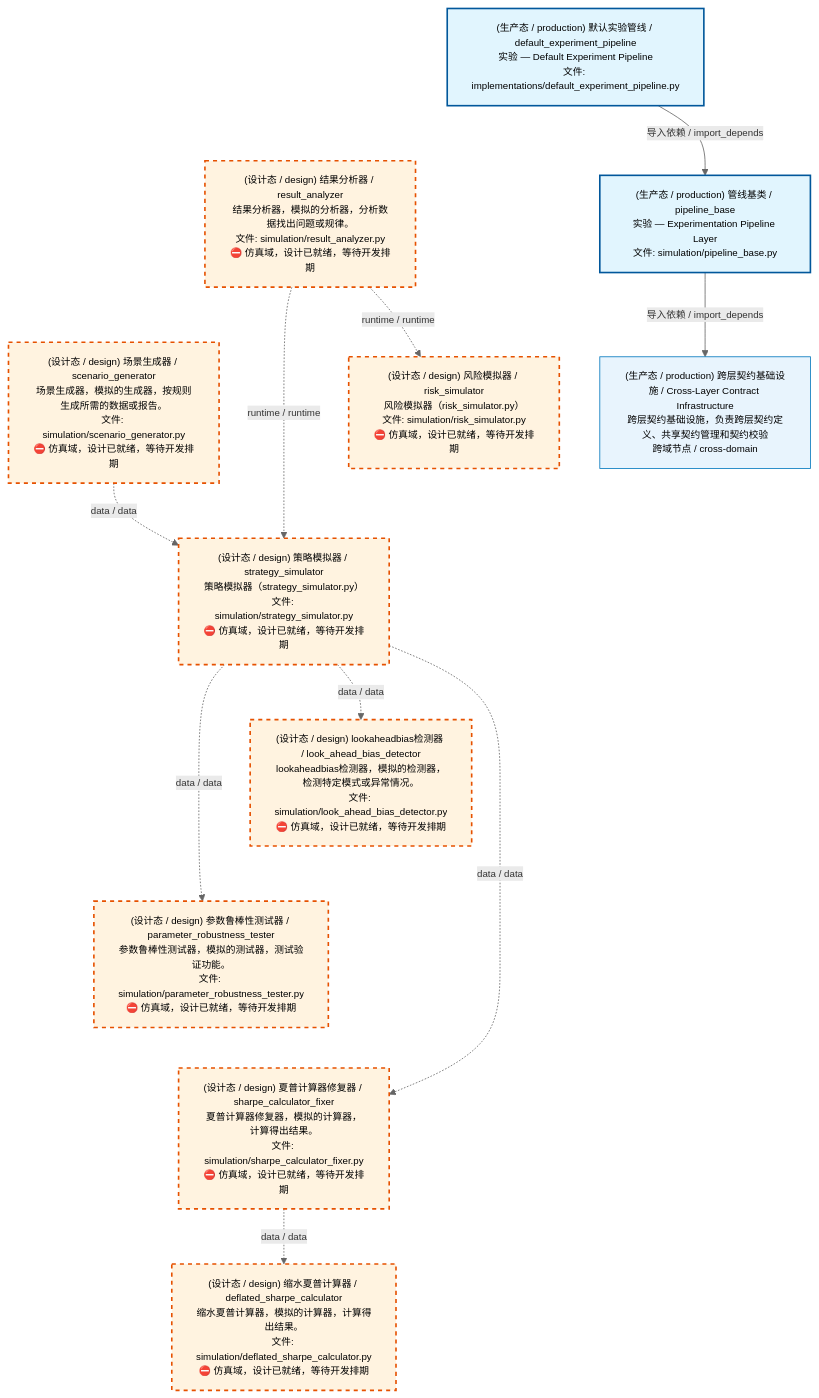
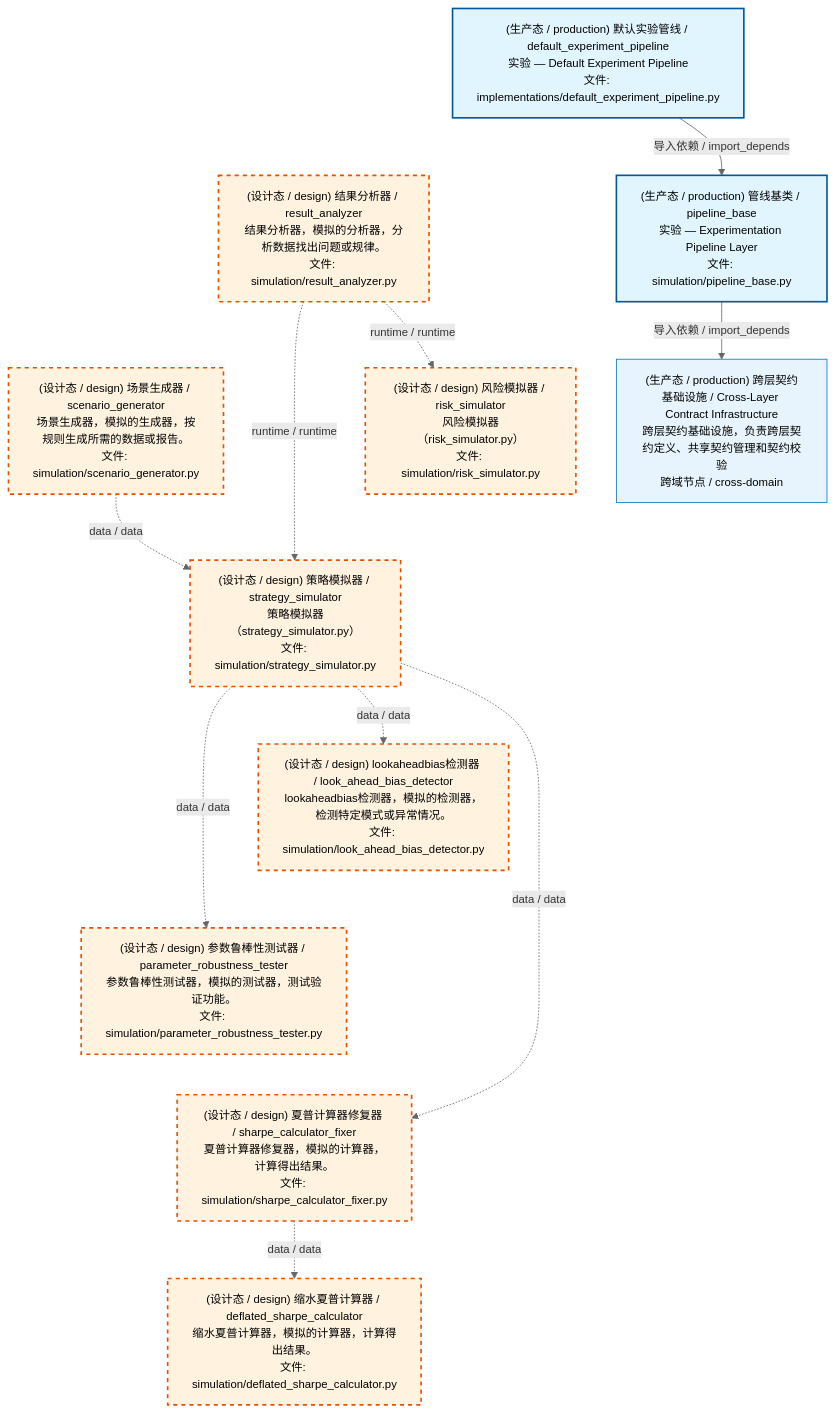
The first of 4 diagrams in docs/02_enterprise_architecture/02_domain_architecture_docs/70_d_simulation.md (xuanFelixVan/ZephyrAlpha), drawn with Mermaid before and after one commit. The commit also changed other lines of this file and 61 other files, not shown here.

````diff
--- a/docs/02_enterprise_architecture/02_domain_architecture_docs/70_d_simulation.md
+++ b/docs/02_enterprise_architecture/02_domain_architecture_docs/70_d_simulation.md
@@ -53,37 +53,37 @@
 ```mermaid
-%%{init: {'theme': 'base', 'themeVariables': {'primaryColor': '#eaeaea', 'primaryTextColor': '#333333', 'primaryBorderColor': '#666666', 'lineColor': '#666666', 'secondaryColor': '#eaeaea', 'tertiaryColor': '#eaeaea', 'fontSize': '12px'}}}%%
+%%{init: {'theme': 'base', 'themeVariables': {'primaryColor': '#eaeaea', 'primaryTextColor': '#333333', 'primaryBorderColor': '#666666', 'lineColor': '#666666', 'secondaryColor': '#eaeaea', 'tertiaryColor': '#eaeaea', 'fontSize': '14px'}}}%%
 flowchart TD
     src_zephyr_simulation_implementations_default_experiment_pipeline_py["(生产态 / production) 默认实验管线 / default_experiment_pipeline<br/>实验 — Default Experiment Pipeline<br/>文件: implementations/default_experiment_pipeline.py"]
-    src_zephyr_simulation_result_analyzer_py["(设计态 / design) 结果分析器 / result_analyzer<br/>结果分析器，模拟的分析器，分析数据找出问题或规律。<br/>文件: simulation/result_analyzer.py<br/>⛔ 仿真域，设计已就绪，等待开发排期"]
-    src_zephyr_simulation_scenario_generator_py["(设计态 / design) 场景生成器 / scenario_generator<br/>场景生成器，模拟的生成器，按规则生成所需的数据或报告。<br/>文件: simulation/scenario_generator.py<br/>⛔ 仿真域，设计已就绪，等待开发排期"]
+    src_zephyr_simulation_result_analyzer_py["(设计态 / design) 结果分析器 / result_analyzer<br/>结果分析器，模拟的分析器，分析数据找出问题或规律。<br/>文件: simulation/result_analyzer.py"]
+    src_zephyr_simulation_scenario_generator_py["(设计态 / design) 场景生成器 / scenario_generator<br/>场景生成器，模拟的生成器，按规则生成所需的数据或报告。<br/>文件: simulation/scenario_generator.py"]
     src_zephyr_simulation_implementations_default_experiment_pipeline_py ~~~ src_zephyr_simulation_result_analyzer_py
     src_zephyr_simulation_result_analyzer_py ~~~ src_zephyr_simulation_scenario_generator_py
     src_zephyr_simulation_pipeline_base_py["(生产态 / production) 管线基类 / pipeline_base<br/>实验 — Experimentation Pipeline Layer<br/>文件: simulation/pipeline_base.py"]
-    src_zephyr_simulation_risk_simulator_py["(设计态 / design) 风险模拟器 / risk_simulator<br/>风险模拟器（risk_simulator.py）<br/>文件: simulation/risk_simulator.py<br/>⛔ 仿真域，设计已就绪，等待开发排期"]
-    src_zephyr_simulation_strategy_simulator_py["(设计态 / design) 策略模拟器 / strategy_simulator<br/>策略模拟器（strategy_simulator.py）<br/>文件: simulation/strategy_simulator.py<br/>⛔ 仿真域，设计已就绪，等待开发排期"]
+    src_zephyr_simulation_risk_simulator_py["(设计态 / design) 风险模拟器 / risk_simulator<br/>风险模拟器（risk_simulator.py）<br/>文件: simulation/risk_simulator.py"]
+    src_zephyr_simulation_strategy_simulator_py["(设计态 / design) 策略模拟器 / strategy_simulator<br/>策略模拟器（strategy_simulator.py）<br/>文件: simulation/strategy_simulator.py"]
     src_zephyr_simulation_pipeline_base_py ~~~ src_zephyr_simulation_risk_simulator_py
     src_zephyr_simulation_risk_simulator_py ~~~ src_zephyr_simulation_strategy_simulator_py
-    src_zephyr_simulation_look_ahead_bias_detector_py["(设计态 / design) lookaheadbias检测器 / look_ahead_bias_detector<br/>lookaheadbias检测器，模拟的检测器，检测特定模式或异常情况。<br/>文件: simulation/look_ahead_bias_detector.py<br/>⛔ 仿真域，设计已就绪，等待开发排期"]
-    src_zephyr_simulation_parameter_robustness_tester_py["(设计态 / design) 参数鲁棒性测试器 / parameter_robustness_tester<br/>参数鲁棒性测试器，模拟的测试器，测试验证功能。<br/>文件: simulation/parameter_robustness_tester.py<br/>⛔ 仿真域，设计已就绪，等待开发排期"]
-    src_zephyr_simulation_sharpe_calculator_fixer_py["(设计态 / design) 夏普计算器修复器 / sharpe_calculator_fixer<br/>夏普计算器修复器，模拟的计算器，计算得出结果。<br/>文件: simulation/sharpe_calculator_fixer.py<br/>⛔ 仿真域，设计已就绪，等待开发排期"]
+    src_zephyr_simulation_look_ahead_bias_detector_py["(设计态 / design) lookaheadbias检测器 / look_ahead_bias_detector<br/>lookaheadbias检测器，模拟的检测器，检测特定模式或异常情况。<br/>文件: simulation/look_ahead_bias_detector.py"]
+    src_zephyr_simulation_parameter_robustness_tester_py["(设计态 / design) 参数鲁棒性测试器 / parameter_robustness_tester<br/>参数鲁棒性测试器，模拟的测试器，测试验证功能。<br/>文件: simulation/parameter_robustness_tester.py"]
+    src_zephyr_simulation_sharpe_calculator_fixer_py["(设计态 / design) 夏普计算器修复器 / sharpe_calculator_fixer<br/>夏普计算器修复器，模拟的计算器，计算得出结果。<br/>文件: simulation/sharpe_calculator_fixer.py"]
     src_zephyr_simulation_look_ahead_bias_detector_py ~~~ src_zephyr_simulation_parameter_robustness_tester_py
     src_zephyr_simulation_parameter_robustness_tester_py ~~~ src_zephyr_simulation_sharpe_calculator_fixer_py
-    src_zephyr_simulation_deflated_sharpe_calculator_py["(设计态 / design) 缩水夏普计算器 / deflated_sharpe_calculator<br/>缩水夏普计算器，模拟的计算器，计算得出结果。<br/>文件: simulation/deflated_sharpe_calculator.py<br/>⛔ 仿真域，设计已就绪，等待开发排期"]
+    src_zephyr_simulation_deflated_sharpe_calculator_py["(设计态 / design) 缩水夏普计算器 / deflated_sharpe_calculator<br/>缩水夏普计算器，模拟的计算器，计算得出结果。<br/>文件: simulation/deflated_sharpe_calculator.py"]
     src_zephyr_simulation_strategy_simulator_py -.->|data / data| src_zephyr_simulation_parameter_robustness_tester_py
     src_zephyr_simulation_strategy_simulator_py -.->|data / data| src_zephyr_simulation_look_ahead_bias_detector_py
     src_zephyr_simulation_strategy_simulator_py -.->|data / data| src_zephyr_simulation_sharpe_calculator_fixer_py
     src_zephyr_simulation_scenario_generator_py -.->|data / data| src_zephyr_simulation_strategy_simulator_py
     src_zephyr_simulation_result_analyzer_py -.->|runtime / runtime| src_zephyr_simulation_strategy_simulator_py
     src_zephyr_simulation_result_analyzer_py -.->|runtime / runtime| src_zephyr_simulation_risk_simulator_py
     src_zephyr_simulation_sharpe_calculator_fixer_py -.->|data / data| src_zephyr_simulation_deflated_sharpe_calculator_py
     src_zephyr_simulation_implementations_default_experiment_pipeline_py -->|导入依赖 / import_depends| src_zephyr_simulation_pipeline_base_py
     D_INFRASTRUCTURE["(生产态 / production) 跨层契约基础设施 / Cross-Layer Contract Infrastructure<br/>跨层契约基础设施，负责跨层契约定义、共享契约管理和契约校验<br/>跨域节点 / cross-domain"]
     src_zephyr_simulation_pipeline_base_py -->|导入依赖 / import_depends| D_INFRASTRUCTURE
     classDef production fill:#e1f5fe,stroke:#01579b,stroke-width:2px,color:#000
     classDef design fill:#fff3e0,stroke:#e65100,stroke-width:2px,color:#000,stroke-dasharray: 5 5
     classDef external_prod fill:#e8f4fd,stroke:#0277bd,stroke-width:1px,color:#000
     classDef external_design fill:#fff8e7,stroke:#ef6c00,stroke-width:1px,color:#000,stroke-dasharray: 5 5
     class src_zephyr_simulation_implementations_default_experiment_pipeline_py,src_zephyr_simulation_pipeline_base_py production
     class src_zephyr_simulation_deflated_sharpe_calculator_py,src_zephyr_simulation_look_ahead_bias_detector_py,src_zephyr_simulation_parameter_robustness_tester_py,src_zephyr_simulation_result_analyzer_py,src_zephyr_simulation_risk_simulator_py,src_zephyr_simulation_scenario_generator_py,src_zephyr_simulation_sharpe_calculator_fixer_py,src_zephyr_simulation_strategy_simulator_py design
     class D_INFRASTRUCTURE external_prod
 ```
````
